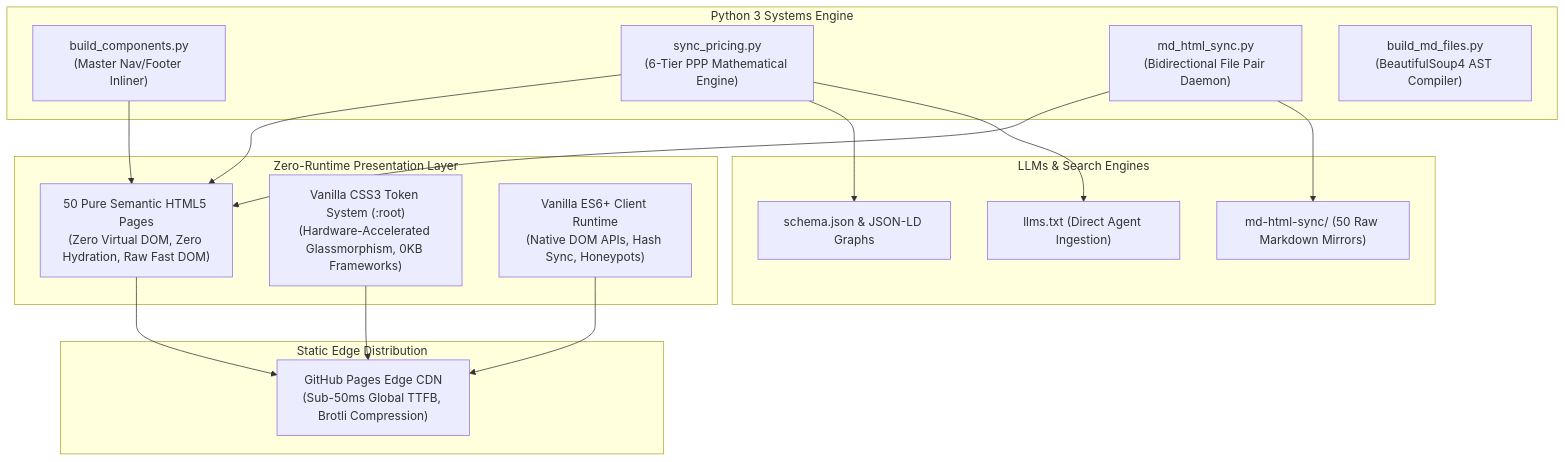
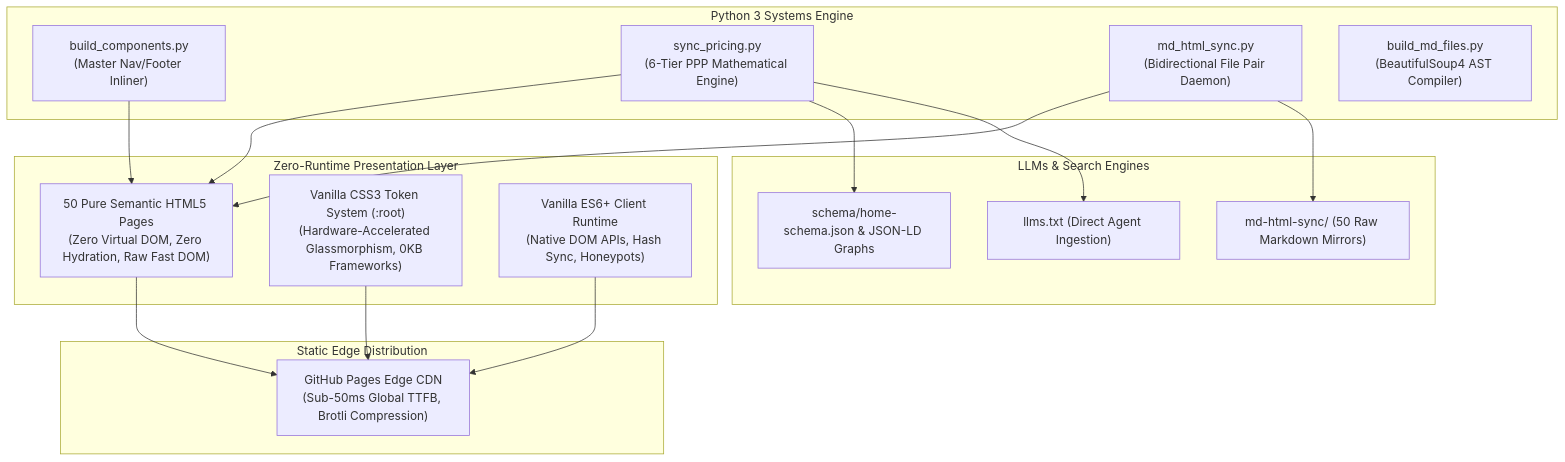
One commit to thomascherickal/thomascherickal.github.io changed the first of 3 diagrams in TECH-STACK.md. Above: the diagram before and after it, drawn with Mermaid. The commit also changed other lines of this file and 219 other files, not shown here.

Commit message:
refactor: delete root schema.json, update pricing and schemas to schema/home-schema.json, and sync data models

````diff
--- a/TECH-STACK.md
+++ b/TECH-STACK.md
@@ -30,35 +30,35 @@
 ```mermaid
 graph TD
   subgraph Client Browser [Zero-Runtime Presentation Layer]
     HTML["50 Pure Semantic HTML5 Pages<br/>(Zero Virtual DOM, Zero Hydration, Raw Fast DOM)"]
     CSS["Vanilla CSS3 Token System (:root)<br/>(Hardware-Accelerated Glassmorphism, 0KB Frameworks)"]
     JS["Vanilla ES6+ Client Runtime<br/>(Native DOM APIs, Hash Sync, Honeypots)"]
   end
 
   subgraph Server & Edge CDN [Static Edge Distribution]
     CDN["GitHub Pages Edge CDN<br/>(Sub-50ms Global TTFB, Brotli Compression)"]
   end
 
   subgraph Automation Pipeline [Python 3 Systems Engine]
     Build["build_components.py<br/>(Master Nav/Footer Inliner)"]
     Pricing["sync_pricing.py<br/>(6-Tier PPP Mathematical Engine)"]
     Sync["md_html_sync.py<br/>(Bidirectional File Pair Daemon)"]
     AST["build_md_files.py<br/>(BeautifulSoup4 AST Compiler)"]
   end
 
   subgraph External Consumers [LLMs & Search Engines]
-    LDJSON["schema.json & JSON-LD Graphs"]
+    LDJSON["schema/home-schema.json & JSON-LD Graphs"]
     LLMS["llms.txt (Direct Agent Ingestion)"]
     MD["md-html-sync/ (50 Raw Markdown Mirrors)"]
   end
 
   HTML --> CDN
   CSS --> CDN
   JS --> CDN
   Build --> HTML
   Pricing --> HTML
   Pricing --> LDJSON
   Pricing --> LLMS
   Sync --> HTML
   Sync --> MD
 ```
````
